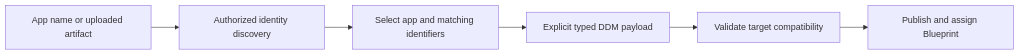
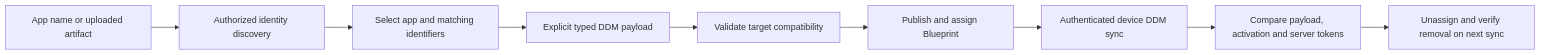
The diagram in docs/operations/application-identities.md (deploymenttheory/go-apple-dm), drawn with Mermaid before and after one commit. The commit also changed other lines of this file and 3 other files, not shown here.

Commit message:
test(server): verify application identity authoring through DDM delivery

````diff
--- a/docs/operations/application-identities.md
+++ b/docs/operations/application-identities.md
@@ -8,8 +8,11 @@
 ```mermaid
 flowchart LR
   Source[App name or uploaded artifact] --> Discovery[Authorized identity discovery]
   Discovery --> Review[Select app and matching identifiers]
   Review --> Payload[Explicit typed DDM payload]
   Payload --> Validate[Validate target compatibility]
   Validate --> Blueprint[Publish and assign Blueprint]
+  Blueprint --> Device[Authenticated device DDM sync]
+  Device --> Verify[Compare payload, activation and server tokens]
+  Verify --> Remove[Unassign and verify removal on next sync]
 ```
````
